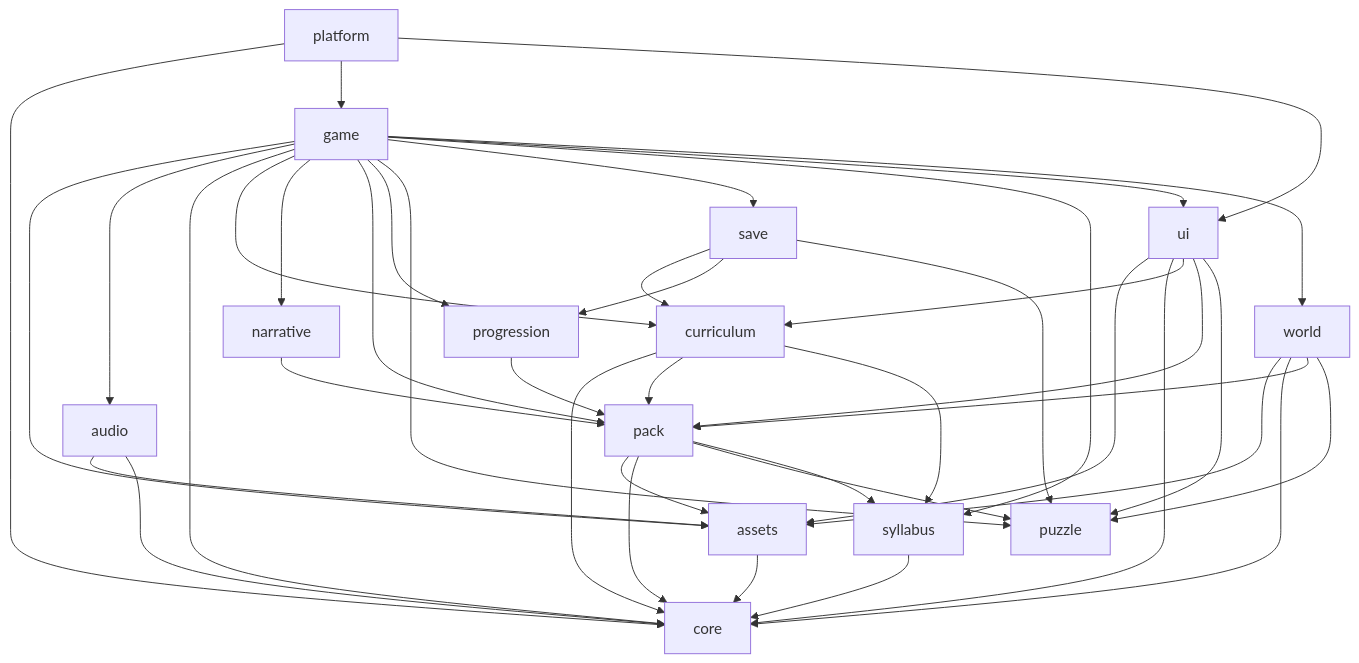
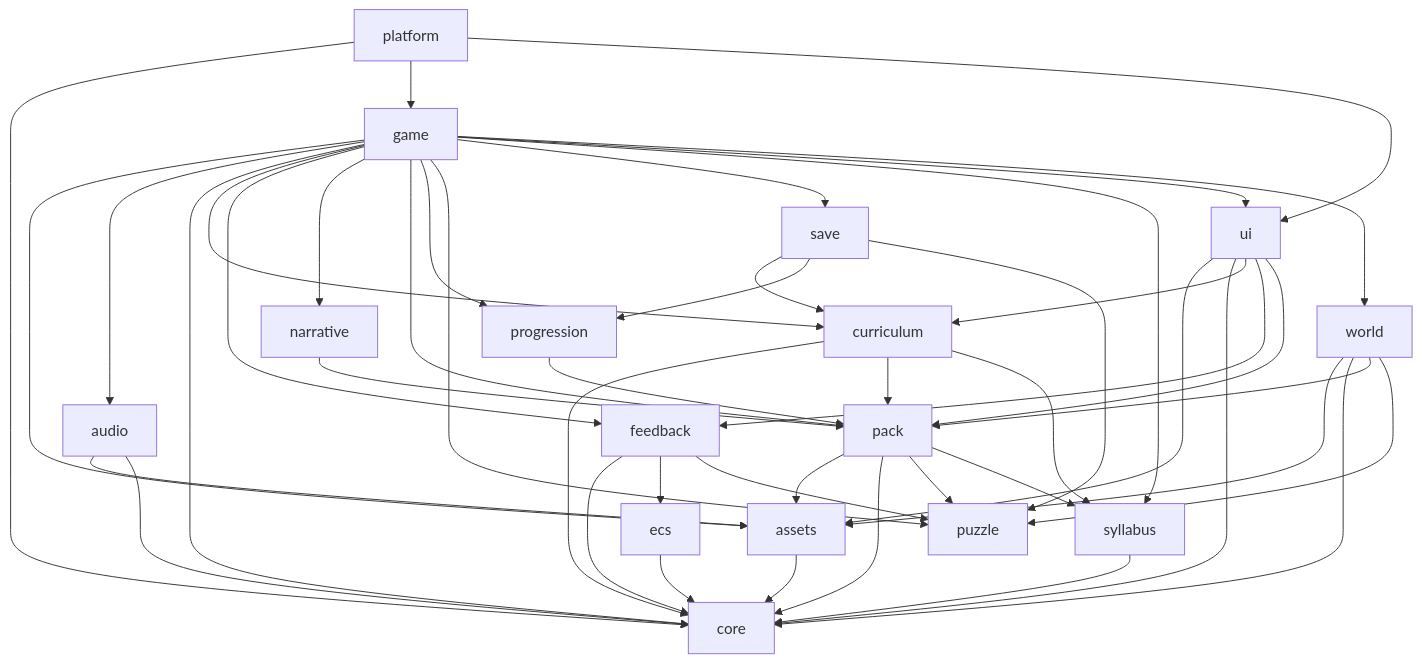
One commit to Snorre98/shrinkonauts changed the diagram in docs/puzzle-engine/contracts/module-boundaries.md. Above: the diagram before and after it, drawn with Mermaid. The commit also changed other lines of this file and 38 other files, not shown here.

````diff
--- a/docs/puzzle-engine/contracts/module-boundaries.md
+++ b/docs/puzzle-engine/contracts/module-boundaries.md
@@ -57,45 +98,50 @@
 ```mermaid
 flowchart TB
     core[core]
+    ecs[ecs] --> core
     syllabus[syllabus] --> core
     assets[assets] --> core
     puzzle[puzzle]
+    feedback[feedback] --> core
+    feedback --> ecs
+    feedback --> puzzle
     pack[pack] --> assets
     pack --> core
     pack --> puzzle
     pack --> syllabus
     progression[progression] --> pack
     narrative[narrative] --> pack
     curriculum[curriculum] --> core
     curriculum --> pack
     curriculum --> syllabus
     save[save] --> curriculum
     save --> progression
     save --> puzzle
     audio[audio] --> assets
     audio --> core
     ui[ui] --> assets
     ui --> core
     ui --> curriculum
+    ui --> feedback
     ui --> pack
-    ui --> puzzle
     world[world] --> assets
     world --> core
     world --> pack
     world --> puzzle
     game[game] --> assets
     game --> audio
     game --> core
     game --> curriculum
+    game --> feedback
     game --> narrative
     game --> pack
     game --> progression
     game --> puzzle
     game --> save
     game --> syllabus
     game --> ui
     game --> world
     platform[platform] --> core
     platform --> game
     platform --> ui
 ```
````
